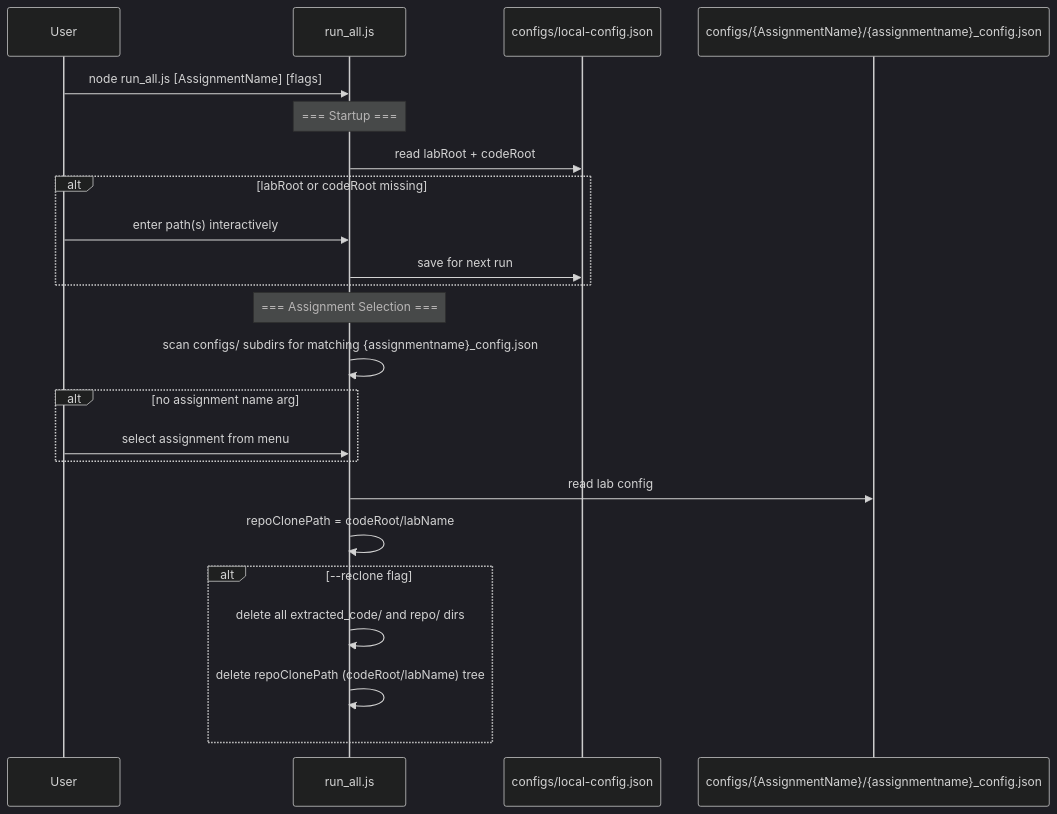
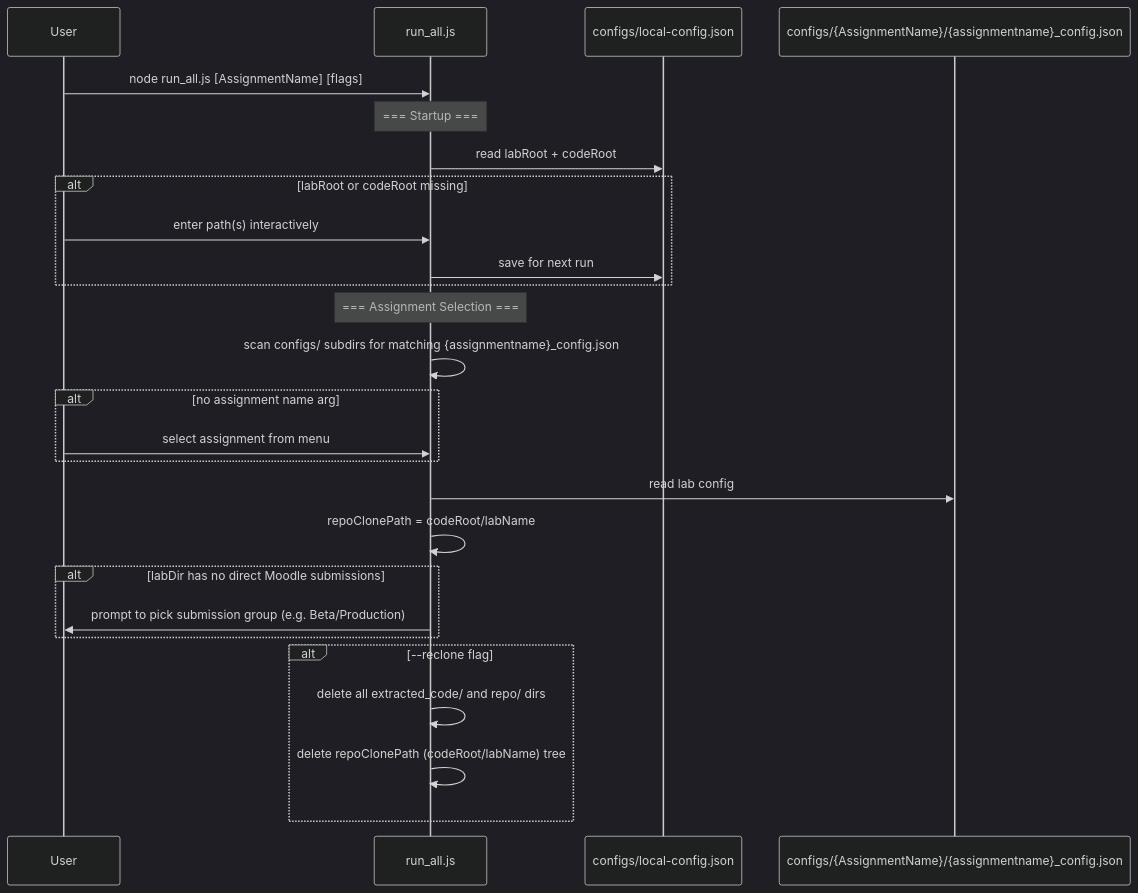
The second of 5 diagrams in DEVELOPER_GUIDE.md (ProfBird/CS233JS-AI_Grading), drawn with Mermaid (dark theme) before and after one commit. The commit also changed other lines of this file and 2 other files, not shown here.

````diff
--- a/DEVELOPER_GUIDE.md
+++ b/DEVELOPER_GUIDE.md
@@ -85,31 +110,35 @@
 ```mermaid
 sequenceDiagram
     participant User
     participant run_all as run_all.js
     participant lc as configs/local-config.json
     participant config as configs/{AssignmentName}/{assignmentname}_config.json
 
     User->>run_all: node run_all.js [AssignmentName] [flags]
 
     Note over run_all: === Startup ===
     run_all->>lc: read labRoot + codeRoot
     alt labRoot or codeRoot missing
         User->>run_all: enter path(s) interactively
         run_all->>lc: save for next run
     end
 
     Note over run_all: === Assignment Selection ===
     run_all->>run_all: scan configs/ subdirs for matching {assignmentname}_config.json
 
     alt no assignment name arg
         User->>run_all: select assignment from menu
     end
 
     run_all->>config: read lab config
     run_all->>run_all: repoClonePath = codeRoot/labName
 
+    alt labDir has no direct Moodle submissions
+        run_all->>User: prompt to pick submission group (e.g. Beta/Production)
+    end
+
     alt --reclone flag
         run_all->>run_all: delete all extracted_code/ and repo/ dirs
         run_all->>run_all: delete repoClonePath (codeRoot/labName) tree
     end
 ```
````
